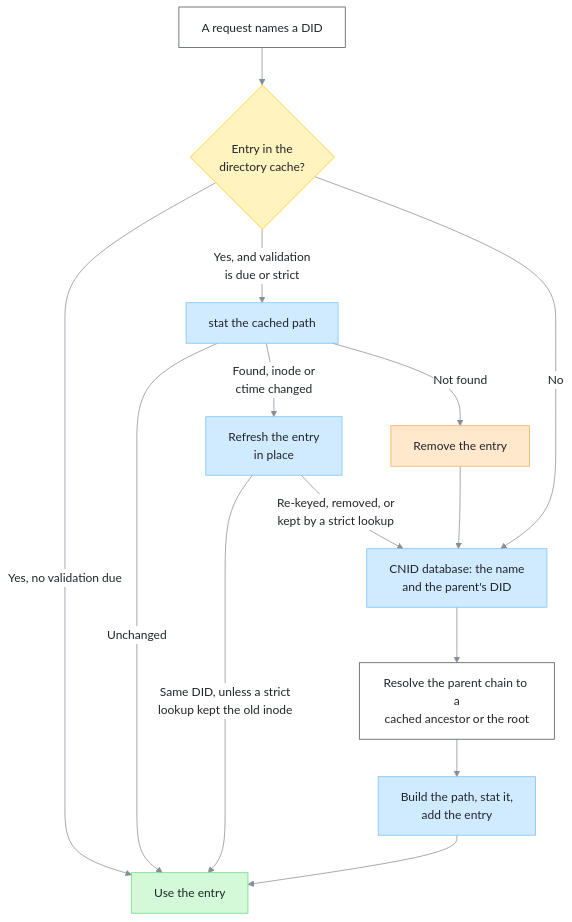
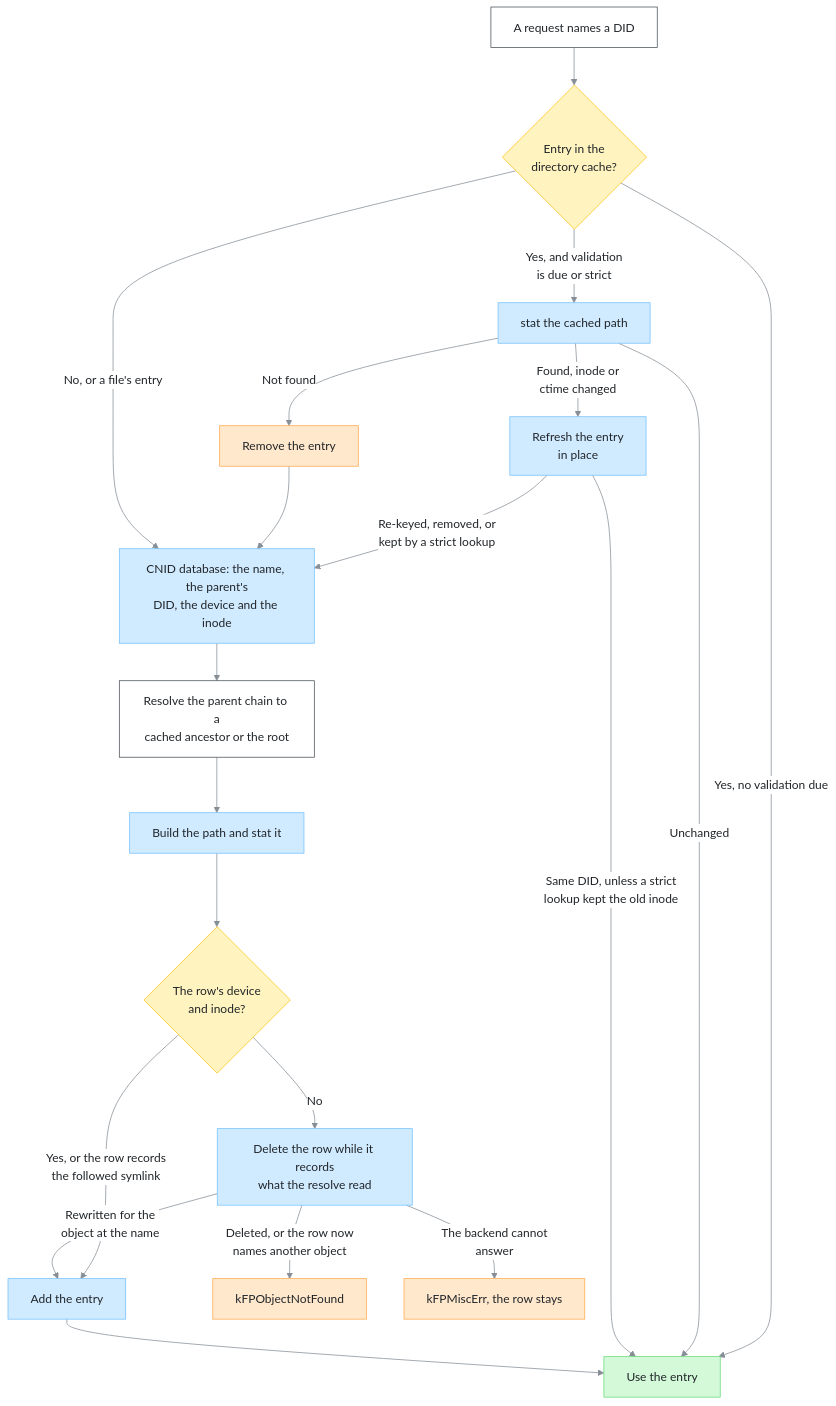
Before and after one commit to Netatalk/netatalk: the second of 6 diagrams in doc/developer/caching.md, drawn with Mermaid. The commit also changed other lines of this file and 20 other files, not shown here.

````diff
--- a/doc/developer/caching.md
+++ b/doc/developer/caching.md
@@ -134,20 +145,26 @@
 ```mermaid
 %%{init: {"theme": "base", "themeVariables": {"fontFamily": "Inter, Segoe UI, Helvetica Neue, Arial, sans-serif", "fontSize": "16px", "primaryColor": "#ffffff", "primaryBorderColor": "#495057", "primaryTextColor": "#212529", "lineColor": "#868e96"}}}%%
 flowchart TD
     Req["A request names a DID"]:::act --> Hit{"Entry in the<br/>directory cache?"}:::dec
     Hit -->|"Yes, and validation<br/>is due or strict"| Stat["stat the cached path"]:::store
     Hit -->|"Yes, no validation due"| Use["Use the entry"]:::done
     Stat -->|Unchanged| Use
     Stat -->|"Found, inode or<br/>ctime changed"| Refresh["Refresh the entry<br/>in place"]:::store
     Refresh -->|"Same DID, unless a strict<br/>lookup kept the old inode"| Use
     Refresh -->|"Re-keyed, removed, or<br/>kept by a strict lookup"| Cnid
     Stat -->|"Not found"| Drop["Remove the entry"]:::warn --> Cnid
-    Hit -->|No| Cnid["CNID database: the name<br/>and the parent's DID"]:::store
+    Hit -->|"No, or a file's entry"| Cnid["CNID database: the name, the parent's<br/>DID, the device and the inode"]:::store
     Cnid --> Parent["Resolve the parent chain to a<br/>cached ancestor or the root"]:::act
-    Parent --> Build["Build the path, stat it,<br/>add the entry"]:::store --> Use
+    Parent --> Build["Build the path and stat it"]:::store
+    Build --> Same{"The row's device<br/>and inode?"}:::dec
+    Same -->|"Yes, or the row records<br/>the followed symlink"| Add["Add the entry"]:::store --> Use
+    Same -->|No| Retire["Delete the row while it records<br/>what the resolve read"]:::store
+    Retire -->|"Deleted, or the row now<br/>names another object"| Gone["kFPObjectNotFound"]:::warn
+    Retire -->|"Rewritten for the<br/>object at the name"| Add
+    Retire -->|"The backend cannot<br/>answer"| Misc["kFPMiscErr, the row stays"]:::warn
     classDef dec fill:#fff3bf,stroke:#fcc419,color:#212529
     classDef act fill:#ffffff,stroke:#495057,color:#212529
     classDef store fill:#d0ebff,stroke:#74c0fc,color:#212529
     classDef done fill:#d3f9d8,stroke:#69db7c,color:#212529
     classDef warn fill:#ffe8cc,stroke:#ffa94d,color:#212529
 ```
````
